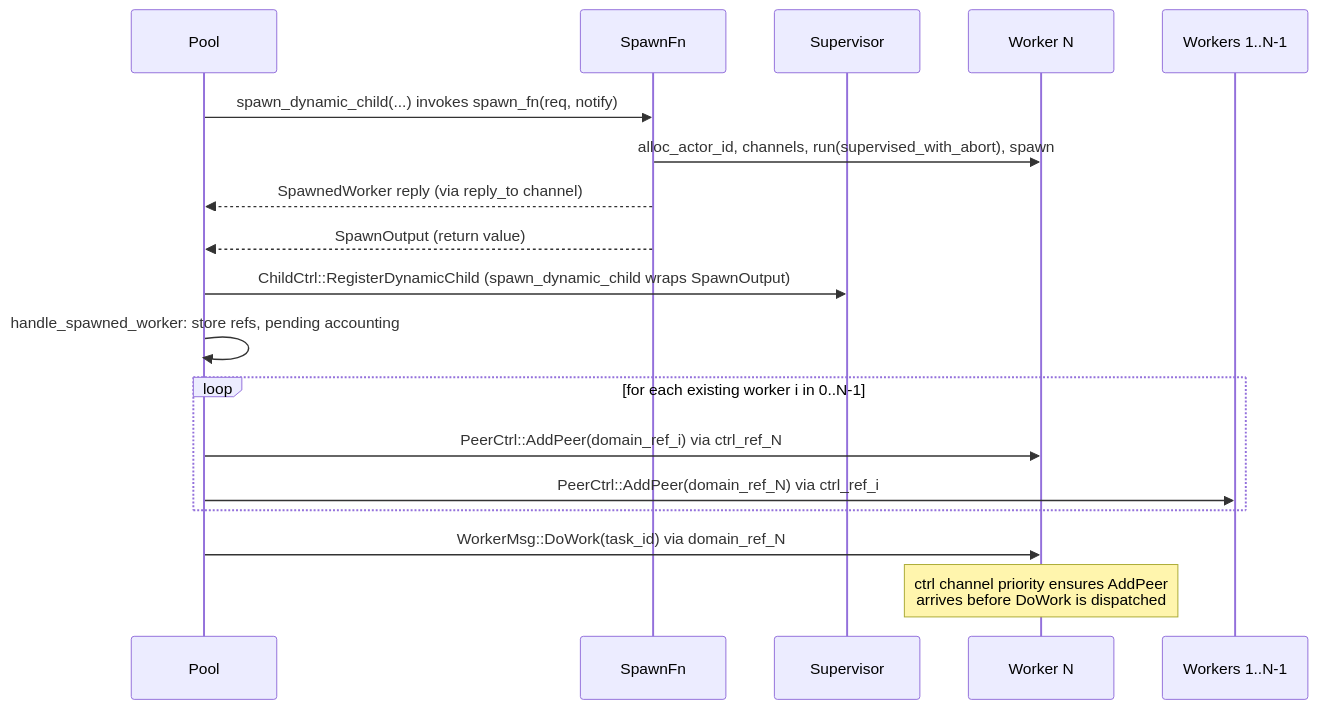
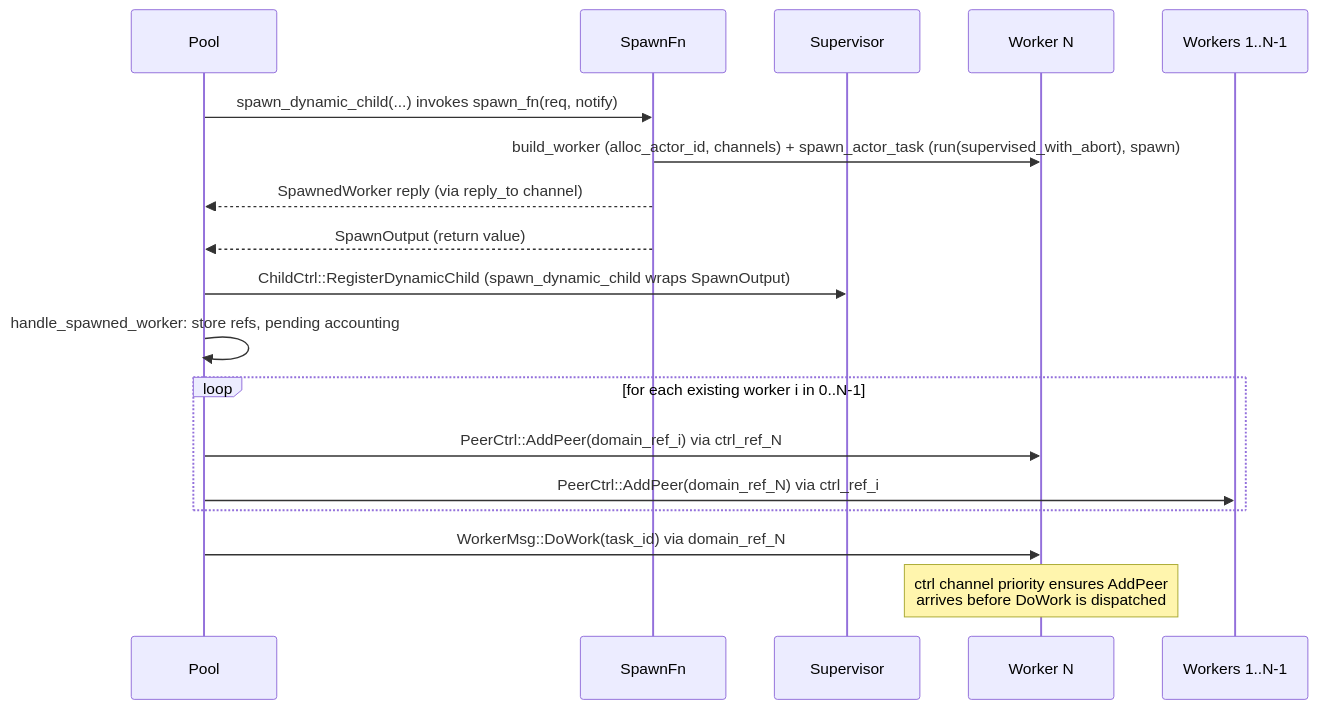
One commit to bloxide-com/bloxide changed the third of 4 diagrams in spec/architecture/10-dynamic-actors.md. Above: the diagram before and after it, drawn with Mermaid. The commit also changed other lines of this file and 21 other files, not shown here.

````diff
--- a/spec/architecture/10-dynamic-actors.md
+++ b/spec/architecture/10-dynamic-actors.md
@@ -670,23 +684,23 @@
 ```mermaid
 sequenceDiagram
     participant Pool
     participant Factory as SpawnFn
     participant Sup as Supervisor
     participant NewWorker as Worker N
     participant OldWorker as Workers 1..N-1
 
     Pool->>Factory: spawn_dynamic_child(...) invokes spawn_fn(req, notify)
-    Factory->>NewWorker: alloc_actor_id, channels, run(supervised_with_abort), spawn
+    Factory->>NewWorker: build_worker (alloc_actor_id, channels) + spawn_actor_task (run(supervised_with_abort), spawn)
     Factory-->>Pool: SpawnedWorker reply (via reply_to channel)
     Factory-->>Pool: SpawnOutput (return value)
     Pool->>Sup: ChildCtrl::RegisterDynamicChild (spawn_dynamic_child wraps SpawnOutput)
 
     Pool->>Pool: handle_spawned_worker: store refs, pending accounting
     loop for each existing worker i in 0..N-1
         Pool->>NewWorker: PeerCtrl::AddPeer(domain_ref_i) via ctrl_ref_N
         Pool->>OldWorker: PeerCtrl::AddPeer(domain_ref_N) via ctrl_ref_i
     end
 
     Pool->>NewWorker: WorkerMsg::DoWork(task_id) via domain_ref_N
     Note over NewWorker: ctrl channel priority ensures AddPeer<br/>arrives before DoWork is dispatched
 ```
````
